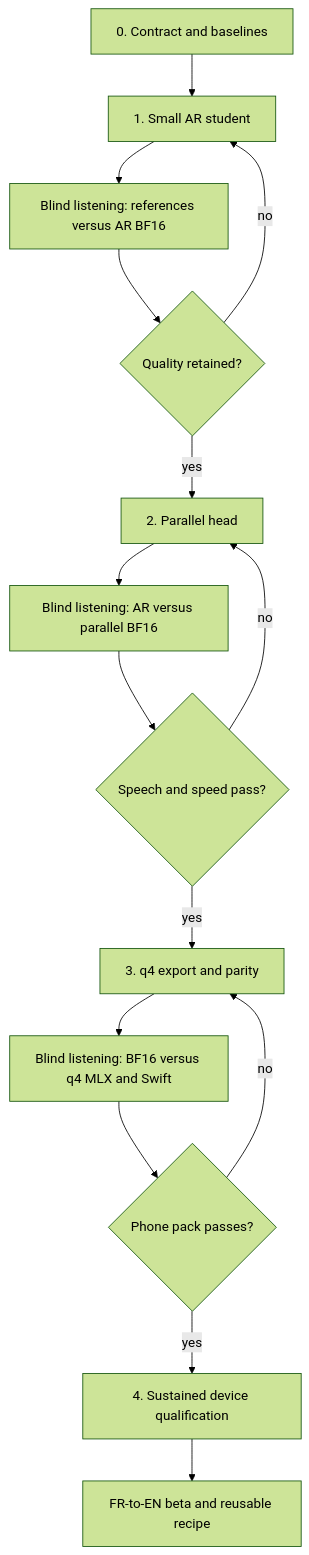
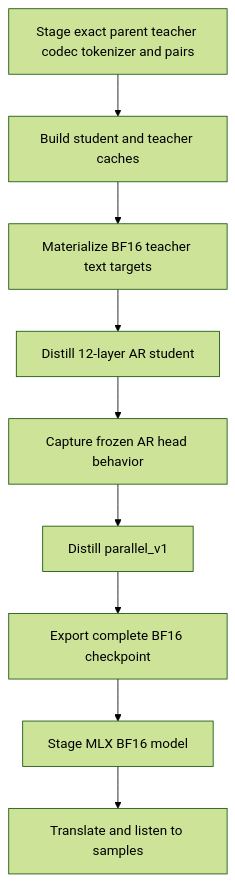
The second of 2 diagrams in docs/mobile_student_plan.md (huybik/hibiki-zero-mlx), drawn with Mermaid (forest theme) before and after one commit. The commit also changed other lines of this file and 27 other files, not shown here.

````diff
--- a/docs/mobile_student_plan.md
+++ b/docs/mobile_student_plan.md
@@ -231,25 +90,14 @@
 ```mermaid
 flowchart TD
-    P0[0. Contract and baselines]
-    P1[1. Small AR student]
-    L1[Blind listening: references versus AR BF16]
-    G1{Quality retained?}
-    P2[2. Parallel head]
-    L2[Blind listening: AR versus parallel BF16]
-    G2{Speech and speed pass?}
-    P3[3. q4 export and parity]
-    L3[Blind listening: BF16 versus q4 MLX and Swift]
-    G3{Phone pack passes?}
-    P4[4. Sustained device qualification]
-    DONE[FR-to-EN beta and reusable recipe]
+    S0[Stage exact parent teacher codec tokenizer and pairs]
+    S1[Build student and teacher caches]
+    S2[Materialize BF16 teacher text targets]
+    S3[Distill 12-layer AR student]
+    S4[Capture frozen AR head behavior]
+    S5[Distill parallel_v1]
+    S6[Export complete BF16 checkpoint]
+    S7[Stage MLX BF16 model]
+    S8[Translate and listen to samples]
 
-    P0 --> P1 --> L1 --> G1
-    G1 -->|yes| P2
-    G1 -->|no| P1
-    P2 --> L2 --> G2
-    G2 -->|yes| P3
-    G2 -->|no| P2
-    P3 --> L3 --> G3
-    G3 -->|yes| P4 --> DONE
-    G3 -->|no| P3
+    S0 --> S1 --> S2 --> S3 --> S4 --> S5 --> S6 --> S7 --> S8
 ```
````
